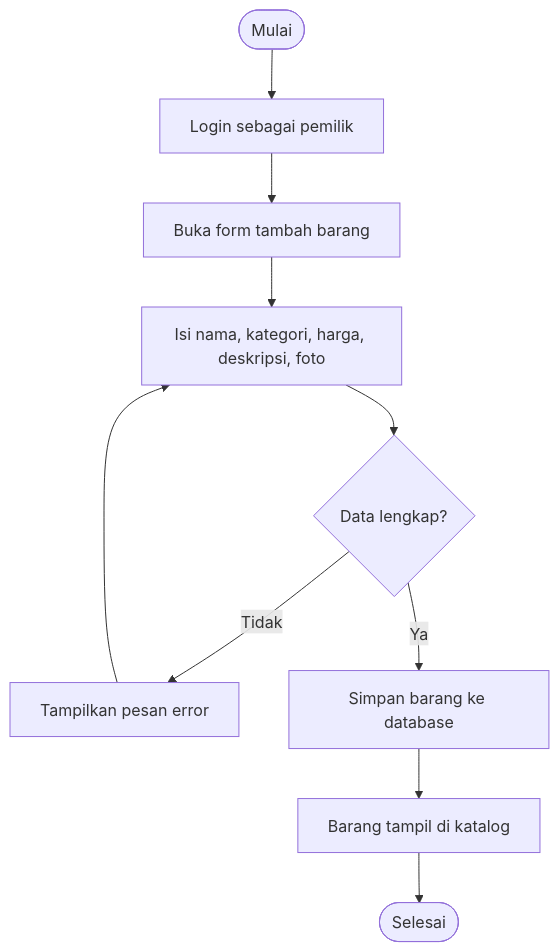
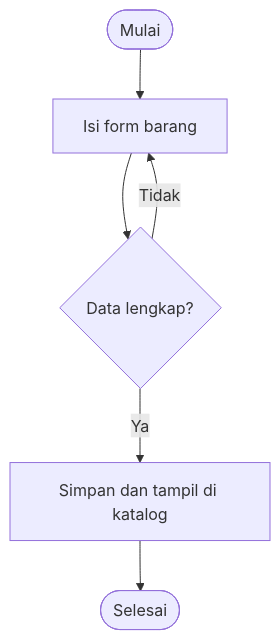
One commit to RPLUNIT052026/KELOMPOK-6---PinjamKuy changed the third of 3 diagrams in sprint-1/flowchart.md. Above: the diagram before and after it, drawn with Mermaid. The commit also changed other lines of this file, not shown here.

````diff
--- a/sprint-1/flowchart.md
+++ b/sprint-1/flowchart.md
@@ -45,12 +37,8 @@
 ```mermaid
 flowchart TD
-    A([Mulai]) --> B[Login sebagai pemilik]
-    B --> C[Buka form tambah barang]
-    C --> D[Isi nama, kategori, harga, deskripsi, foto]
-    D --> E{Data lengkap?}
-    E -- Tidak --> F[Tampilkan pesan error]
-    F --> D
-    E -- Ya --> G[Simpan barang ke database]
-    G --> H[Barang tampil di katalog]
-    H --> I([Selesai])
+    A([Mulai]) --> B[Isi form barang]
+    B --> C{Data lengkap?}
+    C -- Tidak --> B
+    C -- Ya --> D[Simpan dan tampil di katalog]
+    D --> E([Selesai])
 ```
````
